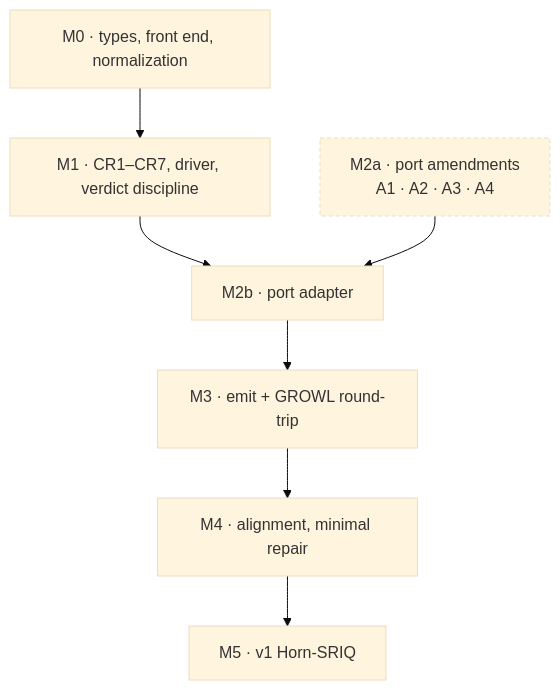
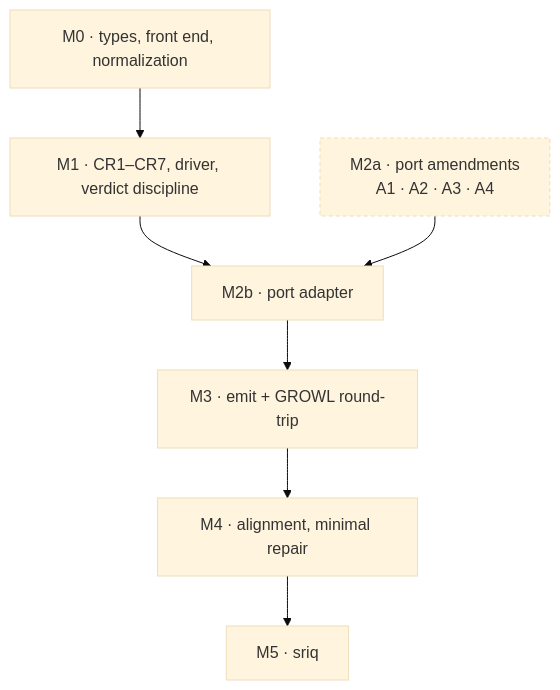
Before and after one commit to Trivyn/howl: the fifth of 5 diagrams in spec/human/HOWL-brief.md, drawn with Mermaid (base theme). The commit also changed other lines of this file and 2 other files, not shown here.

````diff
--- a/spec/human/HOWL-brief.md
+++ b/spec/human/HOWL-brief.md
@@ -258,10 +258,10 @@
 ```mermaid
 flowchart TB
   M0["M0 · types, front end, normalization"] --> M1["M1 · CR1–CR7, driver, verdict discipline"]
   M1 --> M2b["M2b · port adapter"]
   A["M2a · port amendments<br/>A1 · A2 · A3 · A4"] --> M2b
   M2b --> M3["M3 · emit + GROWL round-trip"]
   M3 --> M4["M4 · alignment, minimal repair"]
-  M4 --> M5["M5 · v1 Horn-SRIQ"]
+  M4 --> M5["M5 · sriq"]
   style A stroke-dasharray: 4 3
 ```
````
